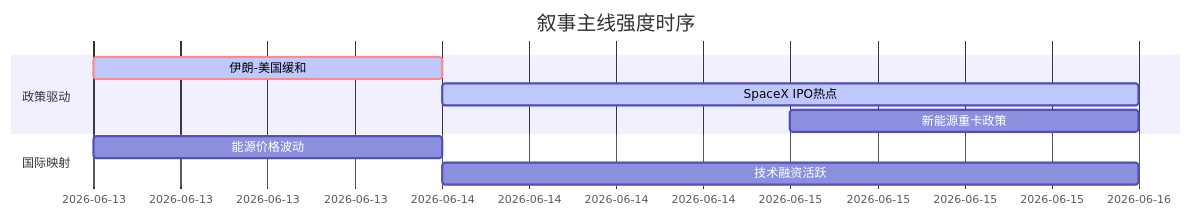
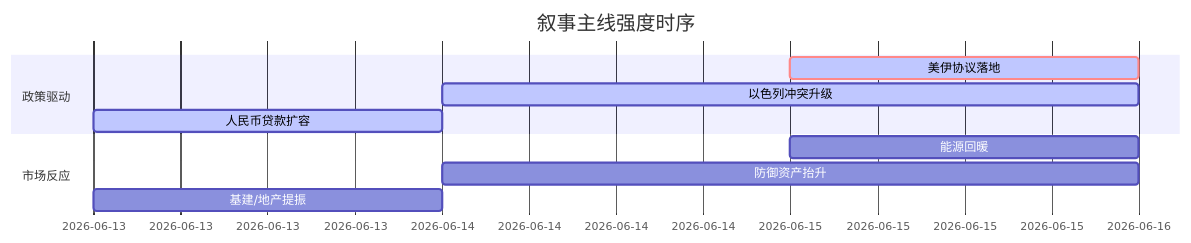
One commit to uu5zn/uu5zn.github.io changed the diagram in 5day_report.md. Above: the diagram before and after it, drawn with Mermaid. The commit also changed other lines of this file and 21 other files, not shown here.

````diff
--- a/5day_report.md
+++ b/5day_report.md
@@ -44,13 +55,14 @@
 ```mermaid
 gantt
     title 叙事主线强度时序
     dateFormat  YYYY-MM-DD
     section 政策驱动
-    伊朗‑美国缓和   :crit, active, 2026-06-13, 1d
-    SpaceX IPO热点   :active, 2026-06-14, 2d
-    新能源重卡政策   :2026-06-15, 1d
-    
-    section 国际映射
-    能源价格波动     :2026-06-13, 1d
-    技术融资活跃     :2026-06-14, 2d
+    美伊协议落地   :crit, active, 2026-06-15, 1d
+    以色列冲突升级 :active, 2026-06-14, 2d
+    人民币贷款扩容 :active, 2026-06-13, 1d
+
+    section 市场反应
+    能源回暖       :2026-06-15, 1d
+    防御资产抬升   :2026-06-14, 2d
+    基建/地产提振   :2026-06-13, 1d
 ```
````
